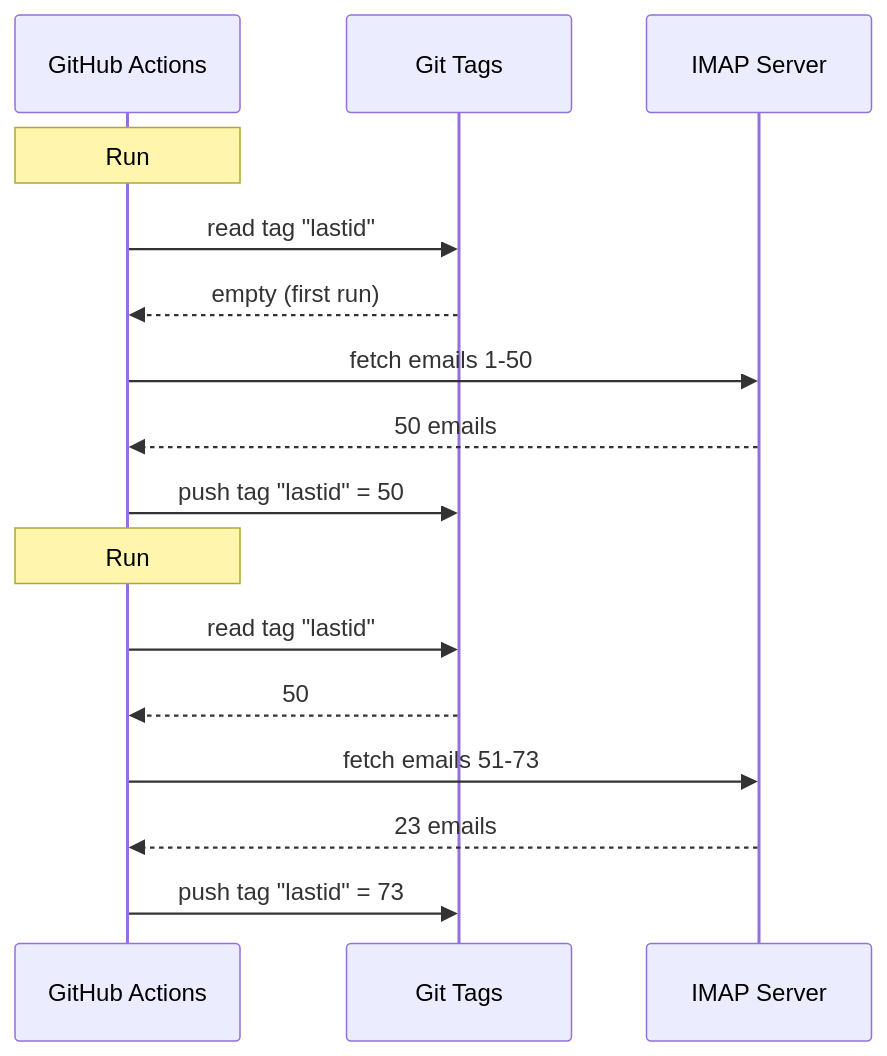
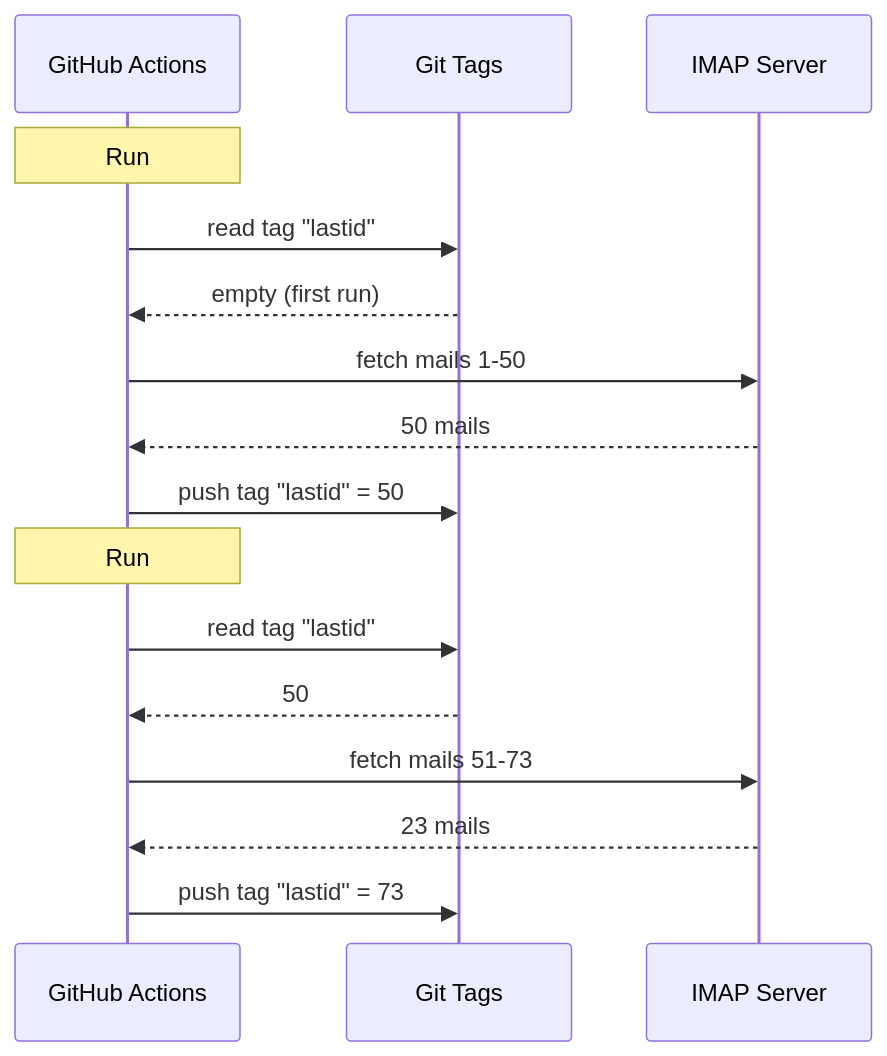
Before and after one commit to fox3000foxy/fox3000foxy.github.io: the diagram in public/articles/en/email-autoreply.md, drawn with Mermaid. The commit also changed other lines of this file and 576 other files, not shown here.

````diff
--- a/public/articles/en/email-autoreply.md
+++ b/public/articles/en/email-autoreply.md
@@ -61,20 +61,20 @@
 ```mermaid
 sequenceDiagram
     participant GH as GitHub Actions
     participant GIT as Git Tags
     participant IMAP as IMAP Server
     
     Note over GH: Run #1
     GH->>GIT: read tag "lastid"
     GIT-->>GH: empty (first run)
-    GH->>IMAP: fetch emails 1-50
-    IMAP-->>GH: 50 emails
+    GH->>IMAP: fetch mails 1-50
+    IMAP-->>GH: 50 mails
     GH->>GIT: push tag "lastid" = 50
     
     Note over GH: Run #2
     GH->>GIT: read tag "lastid"
     GIT-->>GH: 50
-    GH->>IMAP: fetch emails 51-73
-    IMAP-->>GH: 23 emails
+    GH->>IMAP: fetch mails 51-73
+    IMAP-->>GH: 23 mails
     GH->>GIT: push tag "lastid" = 73
 ```
````
